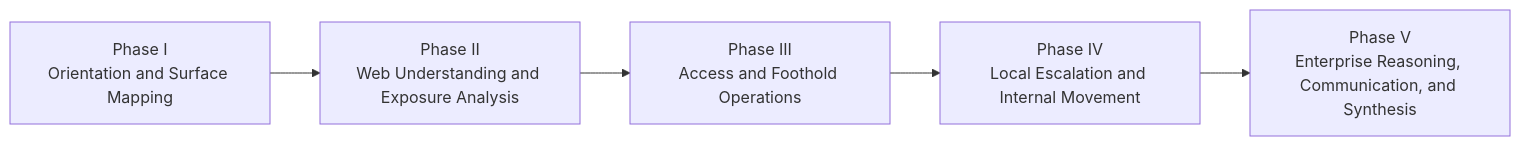
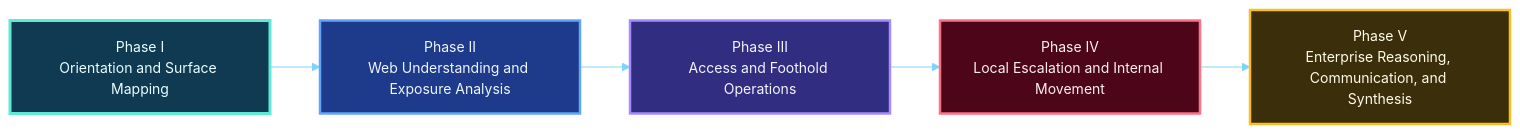
One commit to route2shell/hack-the-basics changed the second of 2 diagrams in modules/01-orientation-and-assessment-workflow/lessons/module-01-lesson-1-1-what-hack-the-basics-is-and-how-to-learn-through-it.md. Above: the diagram before and after it, drawn with Mermaid. The commit also changed other lines of this file and 11 other files, not shown here.

````diff
--- a/modules/01-orientation-and-assessment-workflow/lessons/module-01-lesson-1-1-what-hack-the-basics-is-and-how-to-learn-through-it.md
+++ b/modules/01-orientation-and-assessment-workflow/lessons/module-01-lesson-1-1-what-hack-the-basics-is-and-how-to-learn-through-it.md
@@ -208,7 +217,20 @@
 ```mermaid
+%%{init: {"theme":"base","flowchart":{"curve":"basis","htmlLabels":true},"themeVariables":{"primaryTextColor":"#e8f0ff","lineColor":"#7dd3fc","fontSize":"14px"}}}%%
 flowchart LR
-    A[Phase I<br/>Orientation and Surface Mapping] --> B[Phase II<br/>Web Understanding and Exposure Analysis]
-    B --> C[Phase III<br/>Access and Foothold Operations]
-    C --> D[Phase IV<br/>Local Escalation and Internal Movement]
-    D --> E[Phase V<br/>Enterprise Reasoning, Communication, and Synthesis]
+    P1["Phase I<br/>Orientation and Surface Mapping"] --> P2["Phase II<br/>Web Understanding and Exposure Analysis"]
+    P2 --> P3["Phase III<br/>Access and Foothold Operations"]
+    P3 --> P4["Phase IV<br/>Local Escalation and Internal Movement"]
+    P4 --> P5["Phase V<br/>Enterprise Reasoning, Communication, and Synthesis"]
+
+    classDef phase1 fill:#0f3a52,stroke:#5eead4,color:#ecfeff,stroke-width:3px;
+    classDef phase2 fill:#1e3a8a,stroke:#60a5fa,color:#eff6ff,stroke-width:2.5px;
+    classDef phase3 fill:#312e81,stroke:#a78bfa,color:#f5f3ff,stroke-width:2.5px;
+    classDef phase4 fill:#4c0519,stroke:#fb7185,color:#fff1f2,stroke-width:2.5px;
+    classDef phase5 fill:#3b2f0b,stroke:#fbbf24,color:#fffbeb,stroke-width:2.5px;
+
+    class P1 phase1;
+    class P2 phase2;
+    class P3 phase3;
+    class P4 phase4;
+    class P5 phase5;
 ```
````
